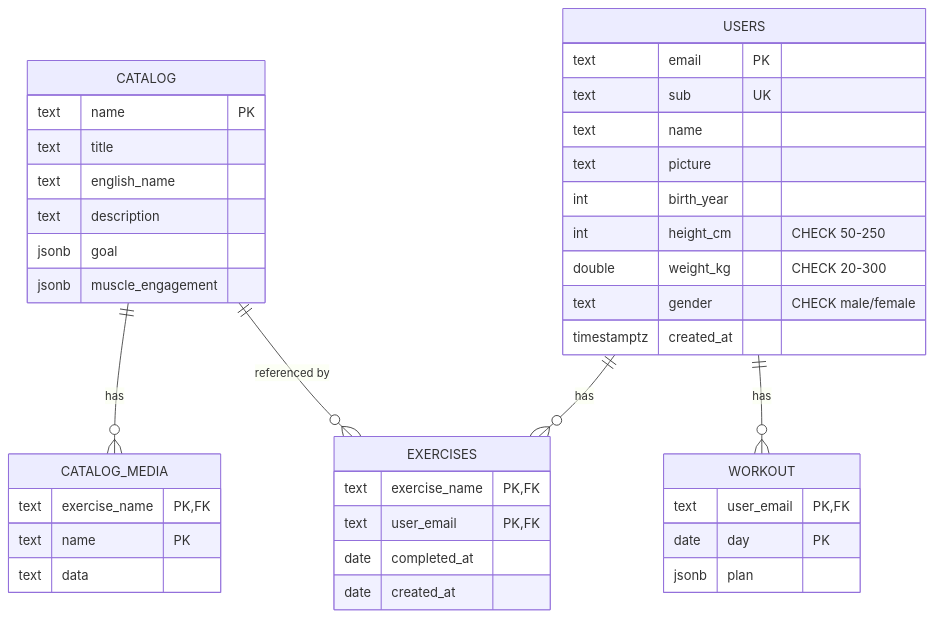
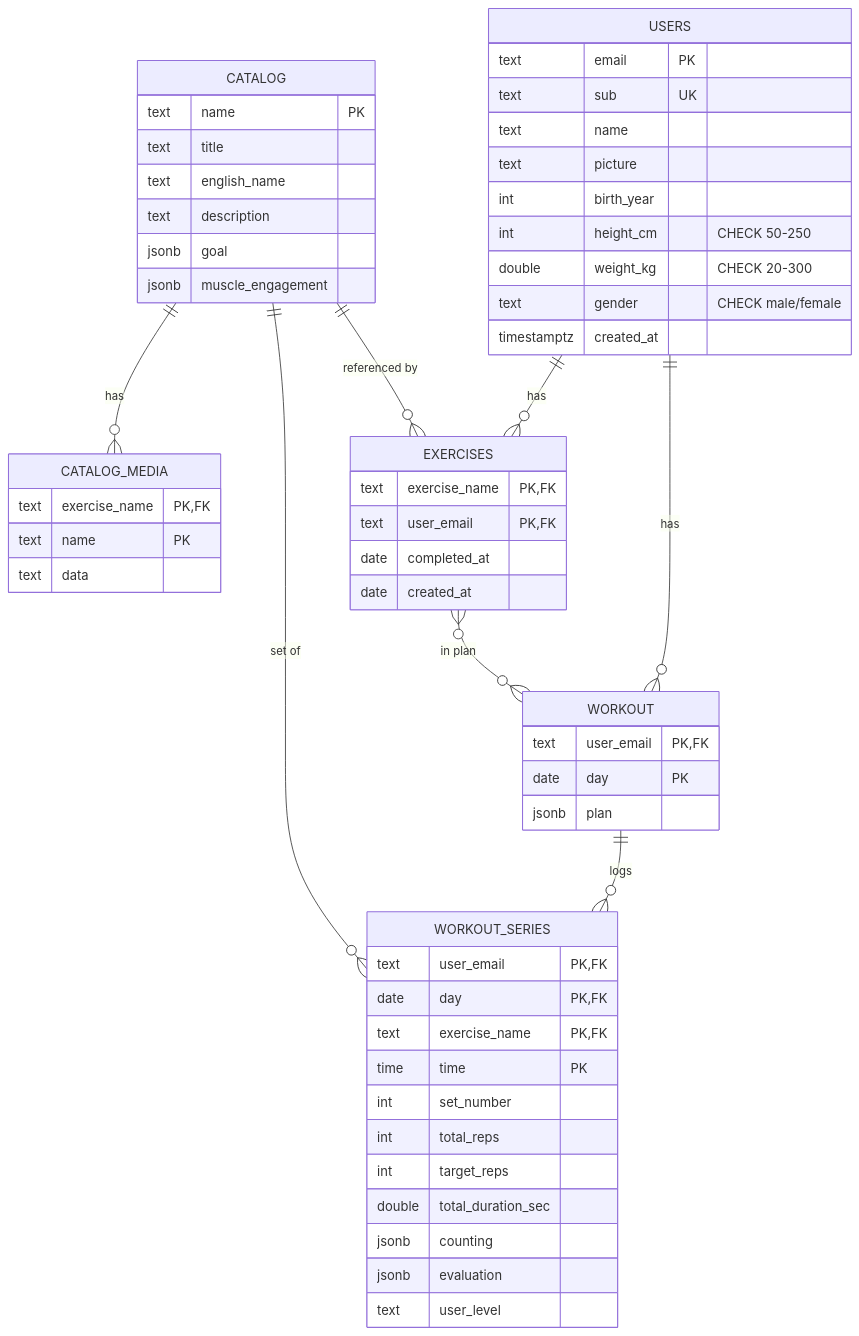
Before and after one commit to Kolomaznik/trener: the diagram in SQL_DB/README.md, drawn with Mermaid. The commit also changed other lines of this file and 16 other files, not shown here.

````diff
--- a/SQL_DB/README.md
+++ b/SQL_DB/README.md
@@ -17,42 +17,58 @@
 ```mermaid
 erDiagram
     CATALOG {
         text name PK
         text title
         text english_name
         text description
         jsonb goal
         jsonb muscle_engagement
     }
     CATALOG_MEDIA {
         text exercise_name PK,FK
         text name PK
         text data
     }
     USERS {
         text email PK
         text sub UK
         text name
         text picture
         int birth_year
         int height_cm "CHECK 50-250"
         double weight_kg "CHECK 20-300"
         text gender "CHECK male/female"
         timestamptz created_at
     }
     EXERCISES {
         text exercise_name PK,FK
         text user_email PK,FK
         date completed_at
         date created_at
     }
     WORKOUT {
         text user_email PK,FK
         date day PK
         jsonb plan
     }
+    WORKOUT_SERIES {
+        text user_email PK,FK
+        date day PK,FK
+        text exercise_name PK,FK
+        time time PK
+        int set_number
+        int total_reps
+        int target_reps
+        double total_duration_sec
+        jsonb counting
+        jsonb evaluation
+        text user_level
+    }
     CATALOG ||--o{ CATALOG_MEDIA : "has"
     USERS ||--o{ EXERCISES : "has"
     USERS ||--o{ WORKOUT : "has"
     CATALOG ||--o{ EXERCISES : "referenced by"
+    EXERCISES }o--o{ WORKOUT : "in plan"
+    WORKOUT ||--o{ WORKOUT_SERIES : "logs"
+    CATALOG ||--o{ WORKOUT_SERIES : "set of"
 ```
````
